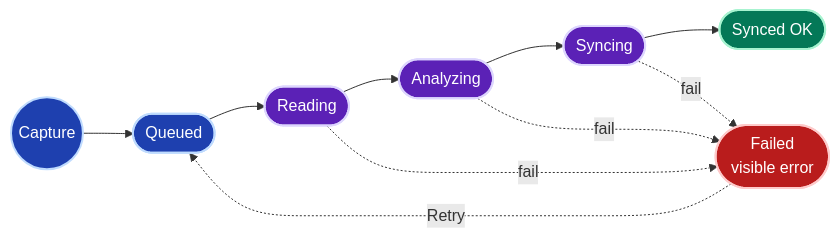
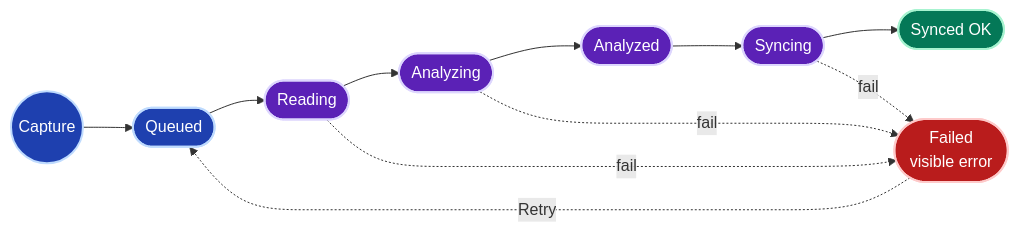
One commit to AliceDel66/ReachNote changed the fourth of 5 diagrams in README.md. Above: the diagram before and after it, drawn with Mermaid. The commit also changed other lines of this file and 46 other files, not shown here.

````diff
--- a/README.md
+++ b/README.md
@@ -208,19 +229,20 @@
 ```mermaid
 flowchart LR
     classDef st fill:#1e40af,stroke:#bfdbfe,stroke-width:2px,color:#fff
     classDef work fill:#5b21b6,stroke:#ddd6fe,stroke-width:2px,color:#fff
     classDef ok fill:#047857,stroke:#a7f3d0,stroke-width:2px,color:#fff
     classDef bad fill:#b91c1c,stroke:#fecaca,stroke-width:2px,color:#fff
 
     Start((Capture)):::st
     Start --> Queued(["Queued"]):::st
     Queued --> Reading(["Reading"]):::work
     Reading --> Analyzing(["Analyzing"]):::work
-    Analyzing --> Syncing(["Syncing"]):::work
+    Analyzing --> Analyzed(["Analyzed"]):::work
+    Analyzed --> Syncing(["Syncing"]):::work
     Syncing --> Synced(["Synced OK"]):::ok
 
     Reading -. fail .-> Failed(["Failed<br/>visible error"]):::bad
     Analyzing -. fail .-> Failed
     Syncing -. fail .-> Failed
     Failed -. Retry .-> Queued
 ```
````
